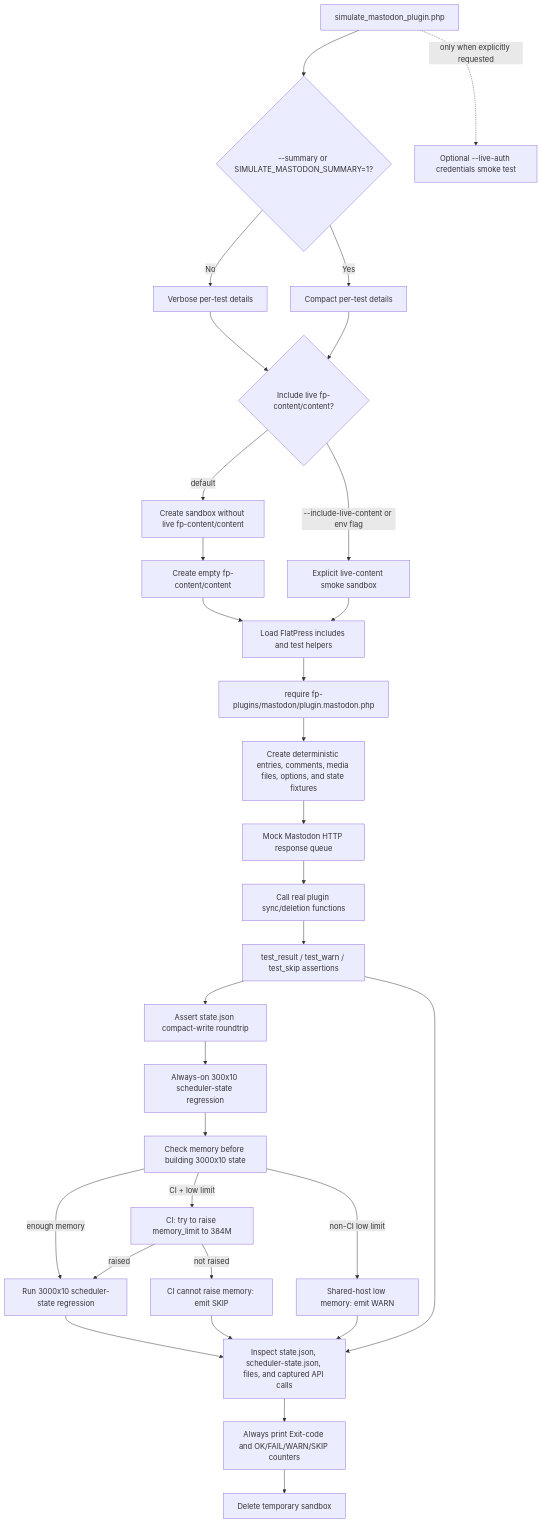
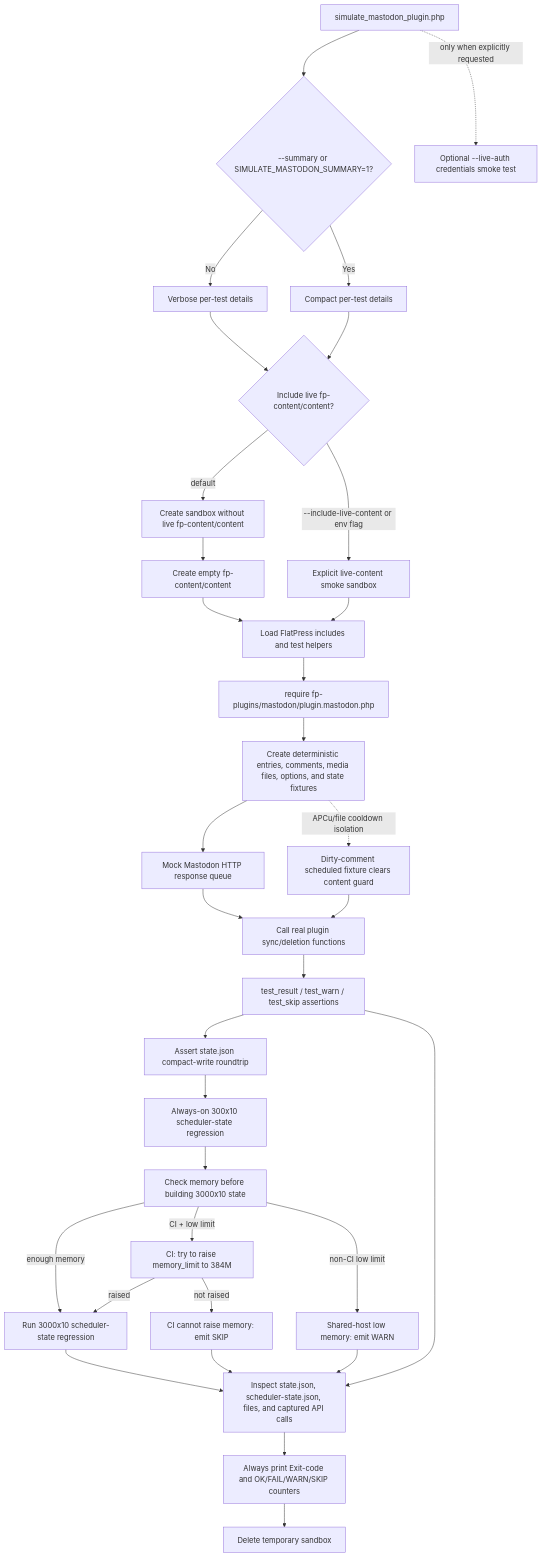
Diagram 35 of 45 in fp-plugins/mastodon/developer-docs/06-Process-Flow.md (flatpressblog/flatpress), drawn with Mermaid before and after one commit. The commit also changed other lines of this file and 27 other files, not shown here.

````diff
--- a/fp-plugins/mastodon/developer-docs/06-Process-Flow.md
+++ b/fp-plugins/mastodon/developer-docs/06-Process-Flow.md
@@ -1247,44 +1330,46 @@
 ```mermaid
 flowchart TD
     Script["simulate_mastodon_plugin.php"]
     OutputMode{"--summary or SIMULATE_MASTODON_SUMMARY=1?"}
     VerboseOutput["Verbose per-test details"]
     SummaryOutput["Compact per-test details"]
     SandboxPolicy{"Include live fp-content/content?"}
     MinimalSandbox["Create sandbox without live fp-content/content"]
     LiveSandbox["Explicit live-content smoke sandbox"]
     EmptyContent["Create empty fp-content/content"]
     CoreStubs["Load FlatPress includes and test helpers"]
     Plugin["require fp-plugins/mastodon/plugin.mastodon.php"]
     Fixtures["Create deterministic entries, comments, media files, options, and state fixtures"]
     HTTPQueue["Mock Mastodon HTTP response queue"]
+    GuardIsolation["Dirty-comment scheduled fixture clears content guard"]
     RunSync["Call real plugin sync/deletion functions"]
     Assertions["test_result / test_warn / test_skip assertions"]
     CompactWrite["Assert state.json compact-write roundtrip"]
     SmallState["Always-on 300x10 scheduler-state regression"]
     MemoryGuard["Check memory before building 3000x10 state"]
     CIRaise["CI: try to raise memory_limit to 384M"]
     LargeState["Run 3000x10 scheduler-state regression"]
     Warn["Shared-host low memory: emit WARN"]
     Skip["CI cannot raise memory: emit SKIP"]
     InspectState["Inspect state.json, scheduler-state.json, files, and captured API calls"]
     FinalSummary["Always print Exit-code and OK/FAIL/WARN/SKIP counters"]
     OptionalLive["Optional --live-auth credentials smoke test"]
     Cleanup["Delete temporary sandbox"]
 
     Script --> OutputMode
     OutputMode -- "No" --> VerboseOutput --> SandboxPolicy
     OutputMode -- "Yes" --> SummaryOutput --> SandboxPolicy
     SandboxPolicy -- "default" --> MinimalSandbox --> EmptyContent --> CoreStubs
     SandboxPolicy -- "--include-live-content or env flag" --> LiveSandbox --> CoreStubs
     CoreStubs --> Plugin --> Fixtures
     Fixtures --> HTTPQueue --> RunSync --> Assertions
+    Fixtures -. "APCu/file cooldown isolation" .-> GuardIsolation --> RunSync
     Assertions --> CompactWrite --> SmallState --> MemoryGuard
     MemoryGuard -- "enough memory" --> LargeState --> InspectState
     MemoryGuard -- "CI + low limit" --> CIRaise
     CIRaise -- "raised" --> LargeState
     CIRaise -- "not raised" --> Skip --> InspectState
     MemoryGuard -- "non-CI low limit" --> Warn --> InspectState
     Assertions --> InspectState --> FinalSummary --> Cleanup
     Script -. "only when explicitly requested" .-> OptionalLive
 ```
````
